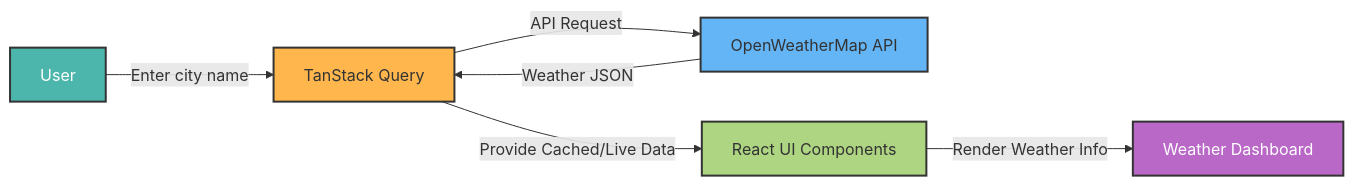
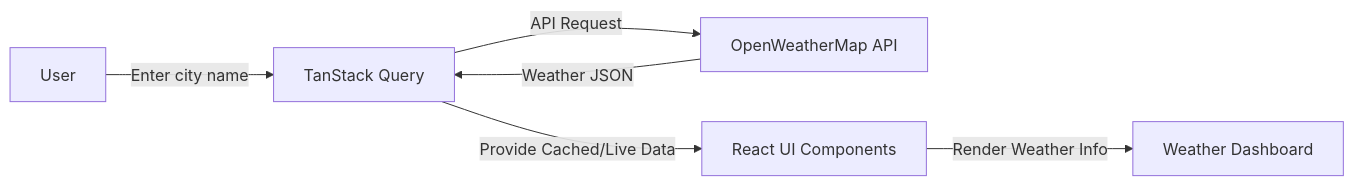
One commit to tusharAgarwal2511/Climatic changed the diagram in README.md. Above: the diagram before and after it, drawn with Mermaid.

Commit message:
fixed overview readme problem

````diff
--- a/README.md
+++ b/README.md
@@ -61,13 +61,9 @@
 ```mermaid
 flowchart LR
     U[User] -->|Enter city name| T[TanStack Query]
     T -->|API Request| O[OpenWeatherMap API]
     O -->|Weather JSON| T
     T -->|Provide Cached/Live Data| R[React UI Components]
     R -->|Render Weather Info| UI[Weather Dashboard]
-    style U fill:#4db6ac,stroke:#333,stroke-width:2px,color:#fff
-    style T fill:#ffb74d,stroke:#333,stroke-width:2px
-    style O fill:#64b5f6,stroke:#333,stroke-width:2px
-    style R fill:#aed581,stroke:#333,stroke-width:2px
-    style UI fill:#ba68c8,stroke:#333,stroke-width:2px,color:#fff
+    
 ```
````
